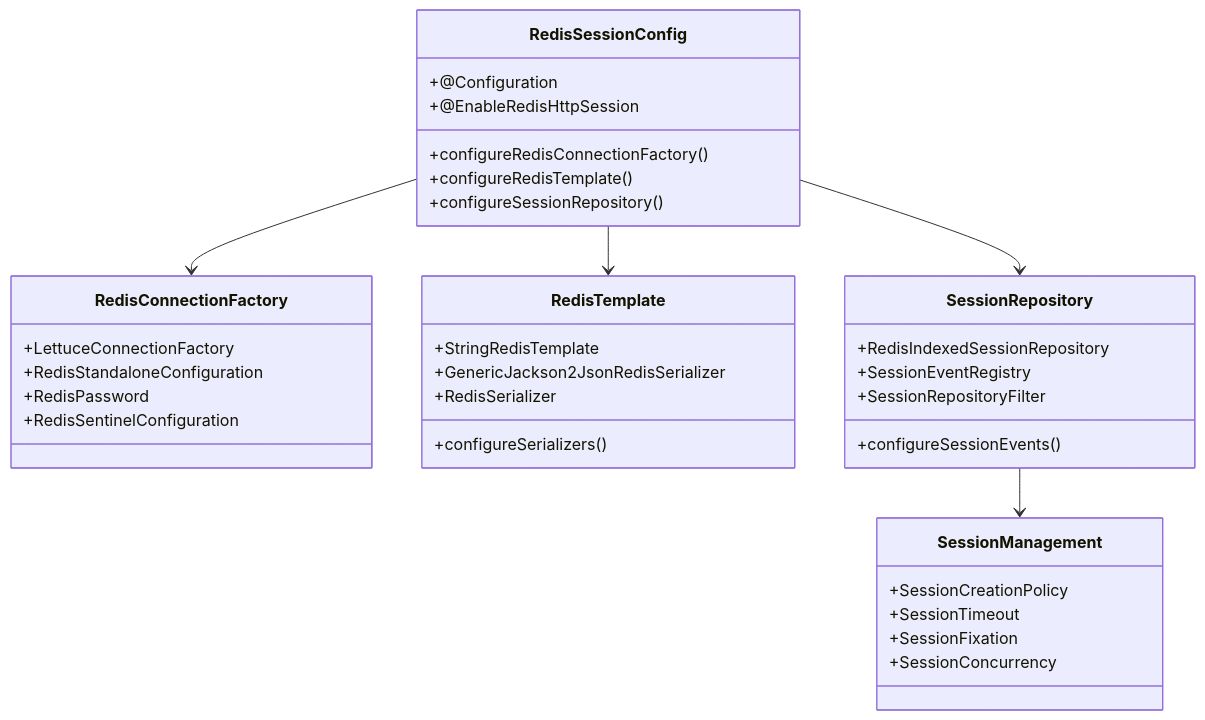
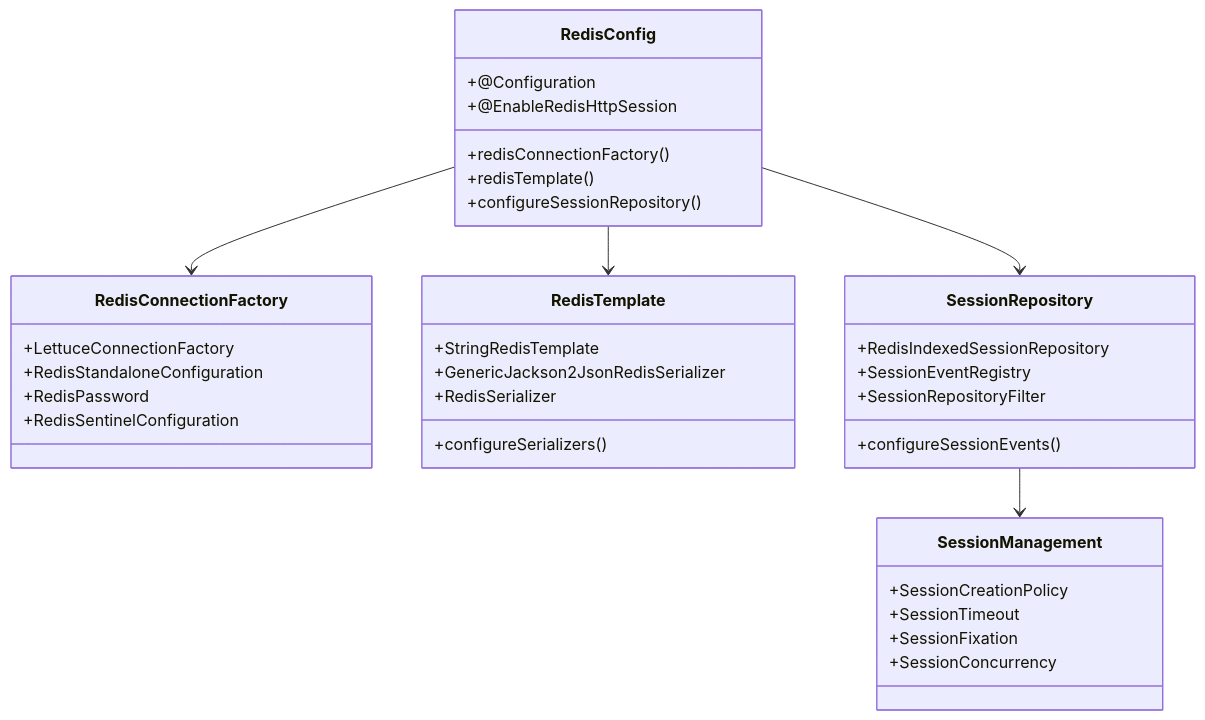
One commit to Vinskao/ty-multiverse-backend changed the first of 13 diagrams in README.md. Above: the diagram before and after it, drawn with Mermaid. The commit also changed other lines of this file and 7 other files, not shown here.

````diff
--- a/README.md
+++ b/README.md
@@ -7,43 +7,43 @@
 ```mermaid
 classDiagram
-    class RedisSessionConfig {
+    class RedisConfig {
         +@Configuration
         +@EnableRedisHttpSession
-        +configureRedisConnectionFactory()
-        +configureRedisTemplate()
+        +redisConnectionFactory()
+        +redisTemplate()
         +configureSessionRepository()
     }
     
     class RedisConnectionFactory {
         +LettuceConnectionFactory
         +RedisStandaloneConfiguration
         +RedisPassword
         +RedisSentinelConfiguration
     }
     
     class RedisTemplate {
         +StringRedisTemplate
         +GenericJackson2JsonRedisSerializer
         +RedisSerializer
         +configureSerializers()
     }
     
     class SessionRepository {
         +RedisIndexedSessionRepository
         +SessionEventRegistry
         +SessionRepositoryFilter
         +configureSessionEvents()
     }
     
     class SessionManagement {
         +SessionCreationPolicy
         +SessionTimeout
         +SessionFixation
         +SessionConcurrency
     }
     
-    RedisSessionConfig --> RedisConnectionFactory
-    RedisSessionConfig --> RedisTemplate
-    RedisSessionConfig --> SessionRepository
+    RedisConfig --> RedisConnectionFactory
+    RedisConfig --> RedisTemplate
+    RedisConfig --> SessionRepository
     SessionRepository --> SessionManagement
 ```
````
